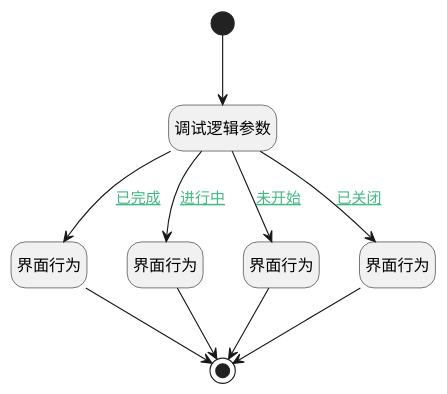
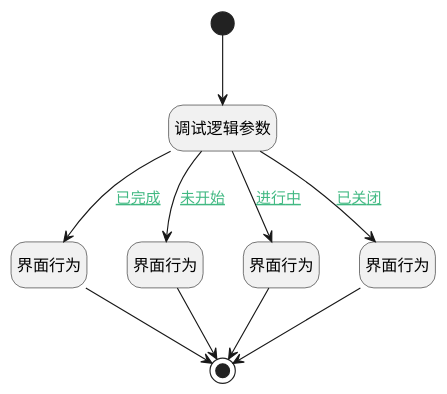
One commit to iBizLab/plm changed the diagram in doc/docsify/module/ProjMgmt/work_item/uilogic/my_assign_chart_jump.md. Above: the diagram before and after it, drawn with PlantUML. The commit also changed other lines of this file and 1276 other files, not shown here.

````diff
--- a/doc/docsify/module/ProjMgmt/work_item/uilogic/my_assign_chart_jump.md
+++ b/doc/docsify/module/ProjMgmt/work_item/uilogic/my_assign_chart_jump.md
@@ -7,32 +7,32 @@
 ```plantuml
 @startuml
 hide footbox
 <style>
 root {
   HyperlinkColor #42b983
 }
 </style>
 
 hide empty description
 state "开始" as Begin <<start>> [[$./my_assign_chart_jump#begin {开始}]]
 state "界面行为" as DEUIACTION1  [[$./my_assign_chart_jump#deuiaction1 {界面行为}]]
+state "界面行为" as DEUIACTION2  [[$./my_assign_chart_jump#deuiaction2 {界面行为}]]
+state "界面行为" as DEUIACTION3  [[$./my_assign_chart_jump#deuiaction3 {界面行为}]]
 state "结束" as END1 <<end>> [[$./my_assign_chart_jump#end1 {结束}]]
-state "界面行为" as DEUIACTION3  [[$./my_assign_chart_jump#deuiaction3 {界面行为}]]
-state "界面行为" as DEUIACTION2  [[$./my_assign_chart_jump#deuiaction2 {界面行为}]]
 state "界面行为" as DEUIACTION4  [[$./my_assign_chart_jump#deuiaction4 {界面行为}]]
 state "调试逻辑参数" as DEBUGPARAM1  [[$./my_assign_chart_jump#debugparam1 {调试逻辑参数}]]
 
 
 Begin --> DEBUGPARAM1
 DEBUGPARAM1 --> DEUIACTION1 : [[$./my_assign_chart_jump#debugparam1-deuiaction1{已完成} 已完成]]
 DEUIACTION1 --> END1
 DEBUGPARAM1 --> DEUIACTION2 : [[$./my_assign_chart_jump#debugparam1-deuiaction2{未开始} 未开始]]
 DEUIACTION2 --> END1
 DEBUGPARAM1 --> DEUIACTION3 : [[$./my_assign_chart_jump#debugparam1-deuiaction3{进行中} 进行中]]
 DEUIACTION3 --> END1
 DEBUGPARAM1 --> DEUIACTION4 : [[$./my_assign_chart_jump#debugparam1-deuiaction4{已关闭} 已关闭]]
 DEUIACTION4 --> END1
 
 
 @enduml
 ```
````
